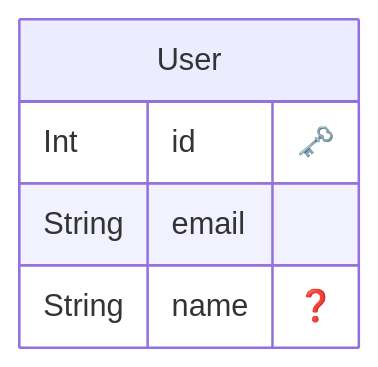
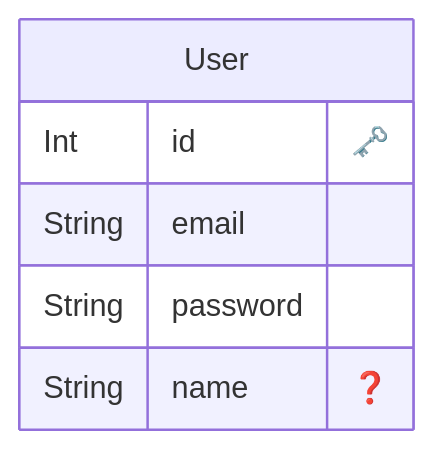
One commit to teradonburi/vite-react-nest changed the diagram in backend/prisma/ERD.md. Above: the diagram before and after it, drawn with Mermaid. The commit also changed 23 other files, not shown here.

````diff
--- a/backend/prisma/ERD.md
+++ b/backend/prisma/ERD.md
@@ -1,10 +1,11 @@
 ```mermaid
 erDiagram
 
   "User" {
     Int id "🗝️"
     String email 
+    String password 
     String name "❓"
     }
   
 ```
````
